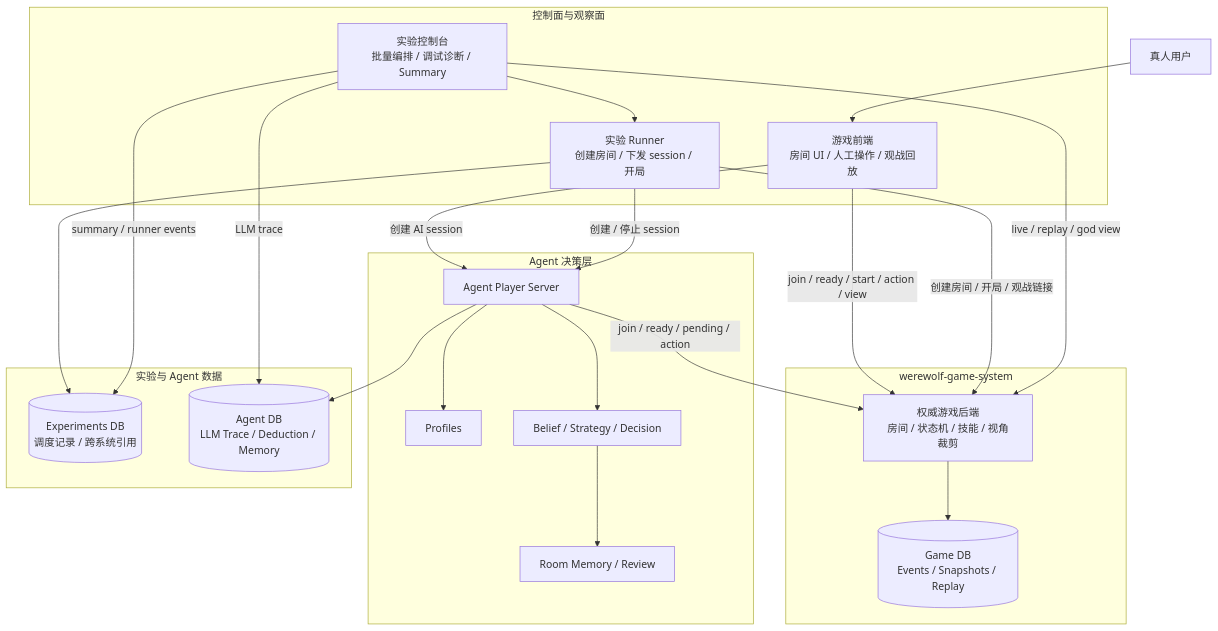
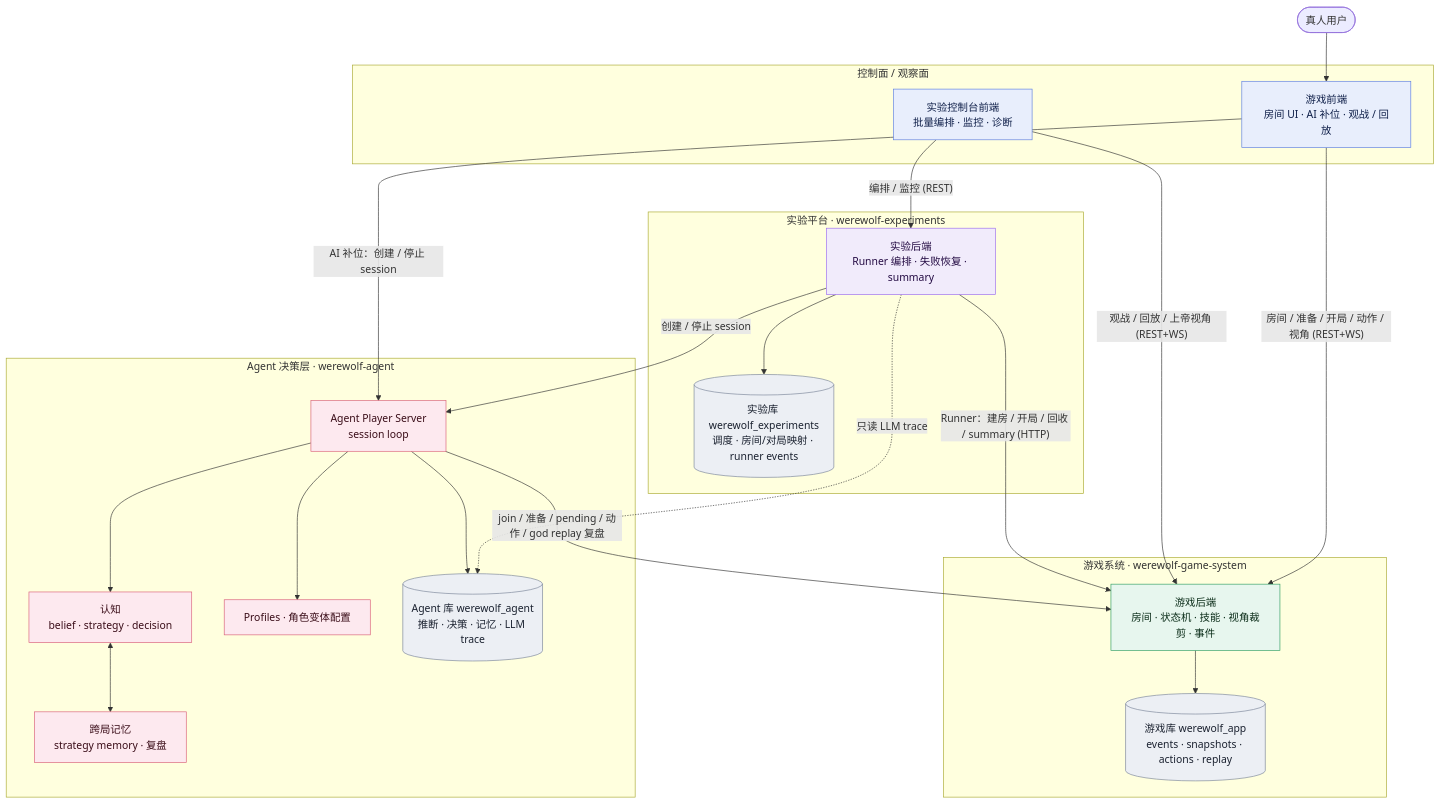
The diagram in README.md (XBQNRCM/werewolf-ai), drawn with Mermaid before and after one commit. The commit also changed other lines of this file and 18 other files, not shown here.

First line of the commit message:
docs: 重构综合报告站点并校正总体架构图

````diff
--- a/README.md
+++ b/README.md
@@ -15,47 +15,57 @@
 ```mermaid
 flowchart TB
-  Human[真人用户]
+  Human(["真人用户"])
 
-  subgraph control [控制面与观察面]
-    GameUI["游戏前端<br/>房间 UI / 人工操作 / 观战回放"]
-    ExpUI["实验控制台<br/>批量编排 / 调试诊断 / Summary"]
-    ExpRunner["实验 Runner<br/>创建房间 / 下发 session / 开局"]
+  subgraph control["控制面 / 观察面"]
+    GameUI["游戏前端<br/>房间 UI · AI 补位 · 观战 / 回放"]
+    ExpFE["实验控制台前端<br/>批量编排 · 监控 · 诊断"]
   end
 
-  subgraph agent [Agent 决策层]
-    AgentServer[Agent Player Server]
-    Profile[Profiles]
-    Cognition[Belief / Strategy / Decision]
-    Memory[Room Memory / Review]
+  subgraph game["游戏系统 · werewolf-game-system"]
+    GameBackend["游戏后端<br/>房间 · 状态机 · 技能 · 视角裁剪 · 事件"]
+    GameStore[("游戏库 werewolf_app<br/>events · snapshots · actions · replay")]
   end
 
-  subgraph game [werewolf-game-system]
-    GameBackend["权威游戏后端<br/>房间 / 状态机 / 技能 / 视角裁剪"]
-    GameStore[(Game DB<br/>Events / Snapshots / Replay)]
+  subgraph agent["Agent 决策层 · werewolf-agent"]
+    AgentServer["Agent Player Server<br/>session loop"]
+    Cognition["认知<br/>belief · strategy · decision"]
+    Memory["跨局记忆<br/>strategy memory · 复盘"]
+    Profile["Profiles · 角色变体配置"]
+    AgentStore[("Agent 库 werewolf_agent<br/>推断 · 决策 · 记忆 · LLM trace")]
   end
 
-  subgraph expstore [实验与 Agent 数据]
-    ExpStore[(Experiments DB<br/>调度记录 / 跨系统引用)]
-    AgentStore[(Agent DB<br/>LLM Trace / Deduction / Memory)]
+  subgraph exp["实验平台 · werewolf-experiments"]
+    ExpBackend["实验后端<br/>Runner 编排 · 失败恢复 · summary"]
+    ExpStore[("实验库 werewolf_experiments<br/>调度 · 房间/对局映射 · runner events")]
   end
 
   Human --> GameUI
-  GameUI -->|join / ready / start / action / view| GameBackend
-  GameUI -->|创建 AI session| AgentServer
+  GameUI -->|"房间 / 准备 / 开局 / 动作 / 视角 (REST+WS)"| GameBackend
+  GameUI -->|"AI 补位：创建 / 停止 session"| AgentServer
 
-  ExpUI --> ExpRunner
-  ExpRunner -->|创建房间 / 开局 / 观战链接| GameBackend
-  ExpRunner -->|创建 / 停止 session| AgentServer
-  ExpRunner --> ExpStore
+  ExpFE -->|"编排 / 监控 (REST)"| ExpBackend
+  ExpFE -->|"观战 / 回放 / 上帝视角 (REST+WS)"| GameBackend
+  ExpBackend -->|"Runner：建房 / 开局 / 回收 / summary (HTTP)"| GameBackend
+  ExpBackend -->|"创建 / 停止 session"| AgentServer
+  ExpBackend --> ExpStore
+  ExpBackend -. "只读 LLM trace" .-> AgentStore
 
-  AgentServer -->|join / ready / pending / action| GameBackend
+  AgentServer -->|"join / 准备 / pending / 动作 / god replay 复盘"| GameBackend
   AgentServer --> Profile
   AgentServer --> Cognition
-  Cognition --> Memory
+  Cognition <--> Memory
   AgentServer --> AgentStore
 
   GameBackend --> GameStore
-  ExpUI -->|live / replay / god view| GameBackend
-  ExpUI -->|summary / runner events| ExpStore
-  ExpUI -->|LLM trace| AgentStore
+
+  classDef ctrl fill:#e8eefc,stroke:#5d7fe0,color:#10204a;
+  classDef gm fill:#e7f6ee,stroke:#2f9e63,color:#0c2e1a;
+  classDef ag fill:#fde9ef,stroke:#d96079,color:#3a0d18;
+  classDef ex fill:#f1ebfb,stroke:#9b6cf0,color:#250c44;
+  classDef st fill:#eceff4,stroke:#7a8699,color:#1b2230;
+  class GameUI,ExpFE ctrl;
+  class GameBackend gm;
+  class AgentServer,Cognition,Memory,Profile ag;
+  class ExpBackend ex;
+  class GameStore,AgentStore,ExpStore st;
 ```
````
